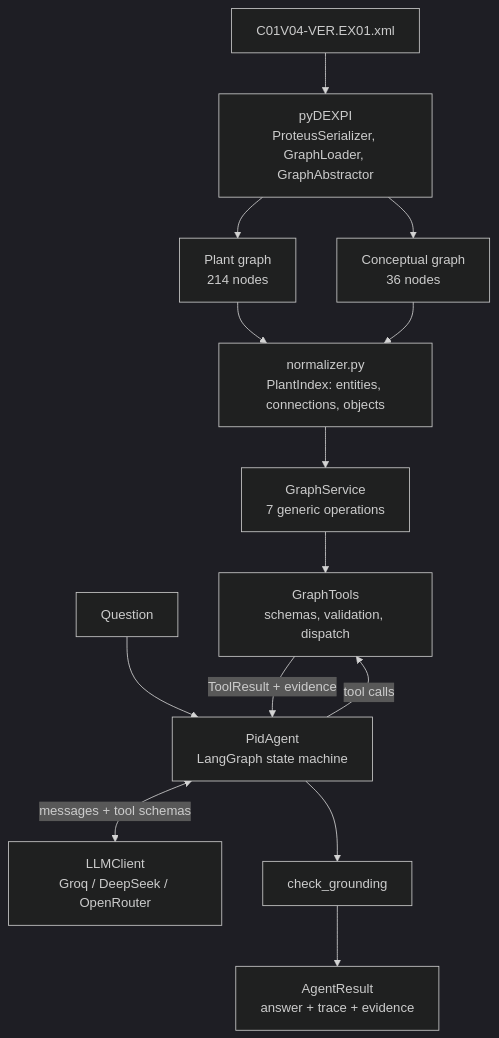
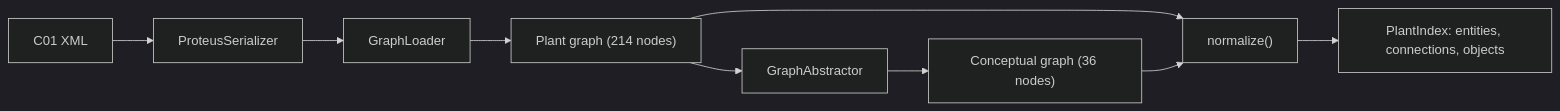
One commit to shaaz1000/pid-graph-agent changed the second of 8 diagrams in docs/ARCHITECTURE_DEEP_DIVE.md. Above: the diagram before and after it, drawn with Mermaid (dark theme). The commit also changed other lines of this file, not shown here.

Commit message:
docs: improve architecture deep dive usability

````diff
--- a/docs/ARCHITECTURE_DEEP_DIVE.md
+++ b/docs/ARCHITECTURE_DEEP_DIVE.md
@@ -72,16 +99,8 @@
 ```mermaid
-flowchart TD
-    XML["C01V04-VER.EX01.xml"] --> PD["pyDEXPI<br/>ProteusSerializer, GraphLoader, GraphAbstractor"]
-    PD --> PG["Plant graph<br/>214 nodes"]
-    PD --> CG["Conceptual graph<br/>36 nodes"]
-    PG --> N["normalizer.py<br/>PlantIndex: entities, connections, objects"]
+flowchart LR
+    XML["C01 XML"] --> PS["ProteusSerializer"] --> GL["GraphLoader"] --> PG["Plant graph (214 nodes)"]
+    PG --> GA["GraphAbstractor"] --> CG["Conceptual graph (36 nodes)"]
+    PG --> N["normalize()"]
     CG --> N
-    N --> S["GraphService<br/>7 generic operations"]
-    S --> T["GraphTools<br/>schemas, validation, dispatch"]
-    U["Question"] --> A["PidAgent<br/>LangGraph state machine"]
-    A <-->|"messages + tool schemas"| L["LLMClient<br/>Groq / DeepSeek / OpenRouter"]
-    A -->|"tool calls"| T
-    T -->|"ToolResult + evidence"| A
-    A --> G["check_grounding"]
-    G --> R["AgentResult<br/>answer + trace + evidence"]
+    N --> IX["PlantIndex: entities, connections, objects"]
 ```
````
